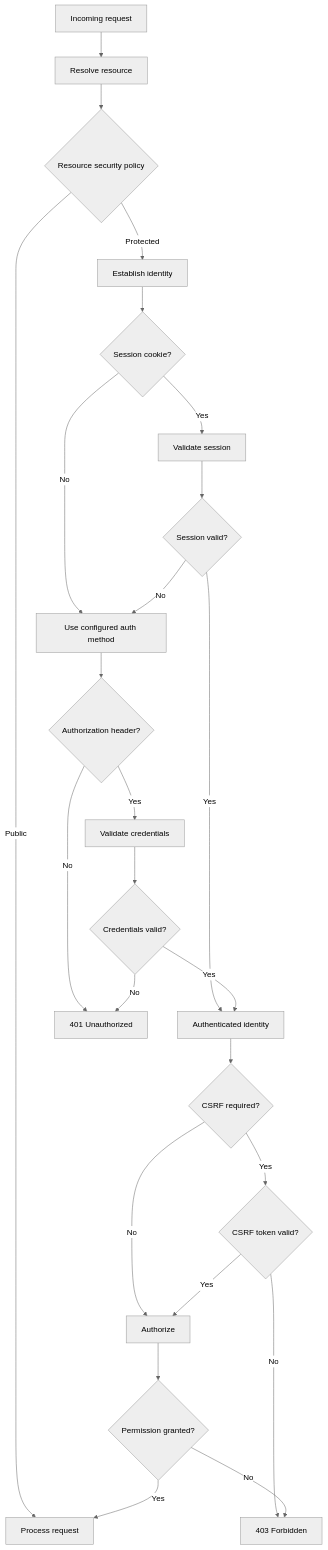
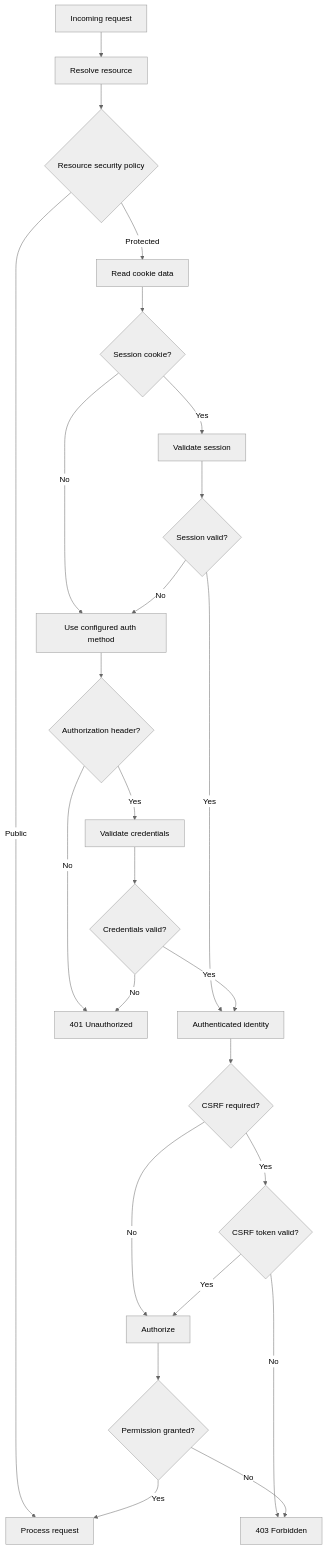
One commit to szeka9/PyRobusta changed the diagram in docs/application_development/security.md. Above: the diagram before and after it, drawn with Mermaid (neutral theme). The commit also changed 5 other files, not shown here.

````diff
--- a/docs/application_development/security.md
+++ b/docs/application_development/security.md
@@ -244,39 +244,39 @@
 ```mermaid
 flowchart TD
     A[Incoming request]
 
     A --> B[Resolve resource]
     B --> C{Resource security policy}
 
     C -->|Public| Z[Process request]
 
-    C -->|Protected| D[Establish identity]
+    C -->|Protected| D[Read cookie data]
 
     D --> E{Session cookie?}
 
     E -->|Yes| F[Validate session]
     E -->|No| G[Use configured auth method]
 
     F --> H{Session valid?}
     H -->|Yes| I[Authenticated identity]
     H -->|No| G
 
     G --> J{Authorization header?}
     J -->|No| K[401 Unauthorized]
     J -->|Yes| L[Validate credentials]
 
     L --> M{Credentials valid?}
     M -->|No| K
     M -->|Yes| I
 
     I --> N{CSRF required?}
     N -->|No| O[Authorize]
     N -->|Yes| P{CSRF token valid?}
 
     P -->|No| Q[403 Forbidden]
     P -->|Yes| O
 
     O --> R{Permission granted?}
     R -->|Yes| Z
     R -->|No| Q
 ```
````
